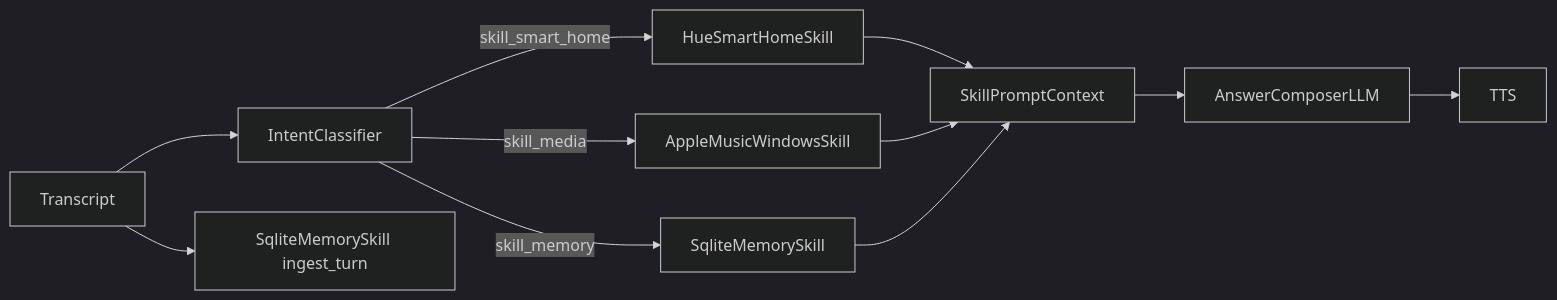
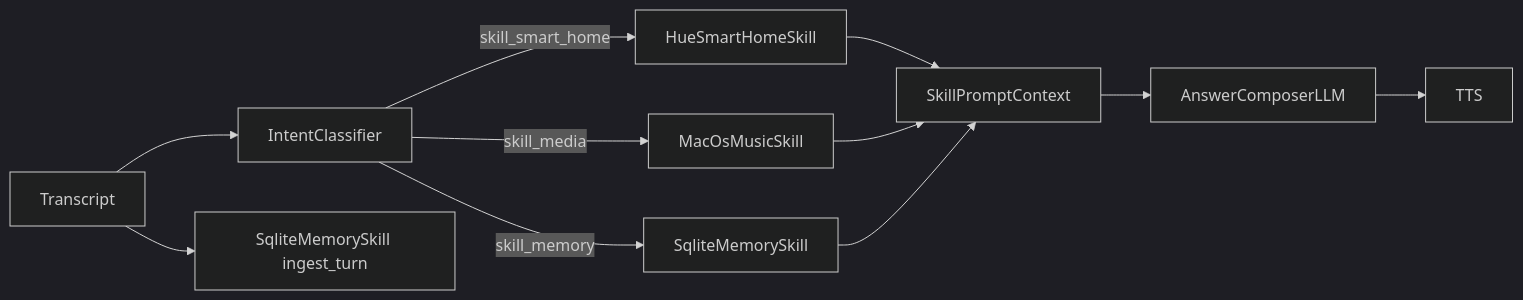
Before and after one commit to AncientiCe/aice: the ninth of 16 diagrams in docs/architecture/README.md, drawn with Mermaid (dark theme). The commit also changed other lines of this file and 20 other files, not shown here.

````diff
--- a/docs/architecture/README.md
+++ b/docs/architecture/README.md
@@ -258,13 +258,13 @@
 ```mermaid
 flowchart LR
     Transcript[Transcript] --> Intent[IntentClassifier]
     Intent -->|skill_smart_home| Hue[HueSmartHomeSkill]
-    Intent -->|skill_media| Apple[AppleMusicWindowsSkill]
+    Intent -->|skill_media| Music[MacOsMusicSkill]
     Intent -->|skill_memory| MemSkill[SqliteMemorySkill]
     Transcript --> MemIngest[SqliteMemorySkill ingest_turn]
     Hue --> Prompt[SkillPromptContext]
-    Apple --> Prompt
+    Music --> Prompt
     MemSkill --> Prompt
     Prompt --> LLM[AnswerComposerLLM]
     LLM --> TTS[TTS]
 ```
````
